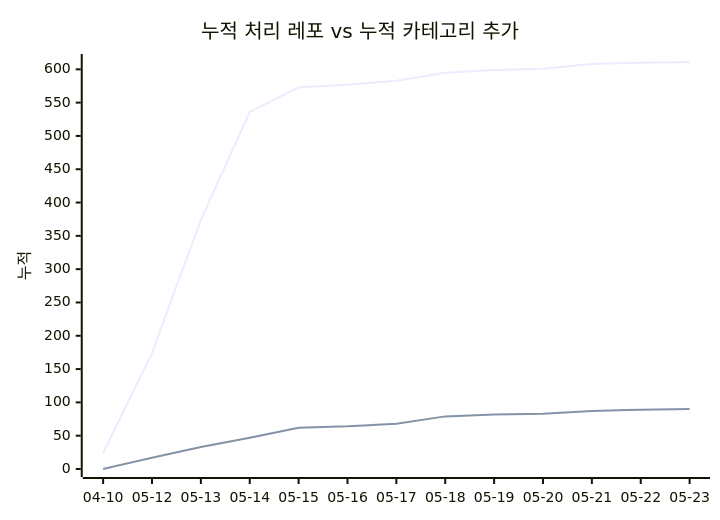
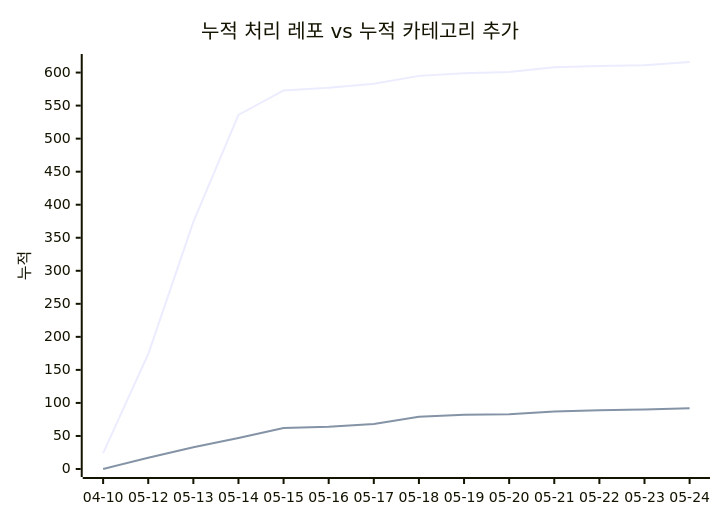
The second of 2 diagrams in docs/trends.md (J-nowcow/awesome-korean-agent-skills), drawn with Mermaid before and after one commit. The commit also changed other lines of this file and 4 other files, not shown here.

````diff
--- a/docs/trends.md
+++ b/docs/trends.md
@@ -67,8 +68,8 @@
 ```mermaid
 xychart-beta
     title "누적 처리 레포 vs 누적 카테고리 추가"
-    x-axis ["04-10","05-12","05-13","05-14","05-15","05-16","05-17","05-18","05-19","05-20","05-21","05-22","05-23"]
+    x-axis ["04-10","05-12","05-13","05-14","05-15","05-16","05-17","05-18","05-19","05-20","05-21","05-22","05-23","05-24"]
     y-axis "누적"
-    line [24,174,374,536,573,577,583,595,599,601,608,610,611]
-    line [0,17,33,47,62,64,68,79,82,83,87,89,90]
+    line [24,174,374,536,573,577,583,595,599,601,608,610,611,616]
+    line [0,17,33,47,62,64,68,79,82,83,87,89,90,92]
 ```
````
